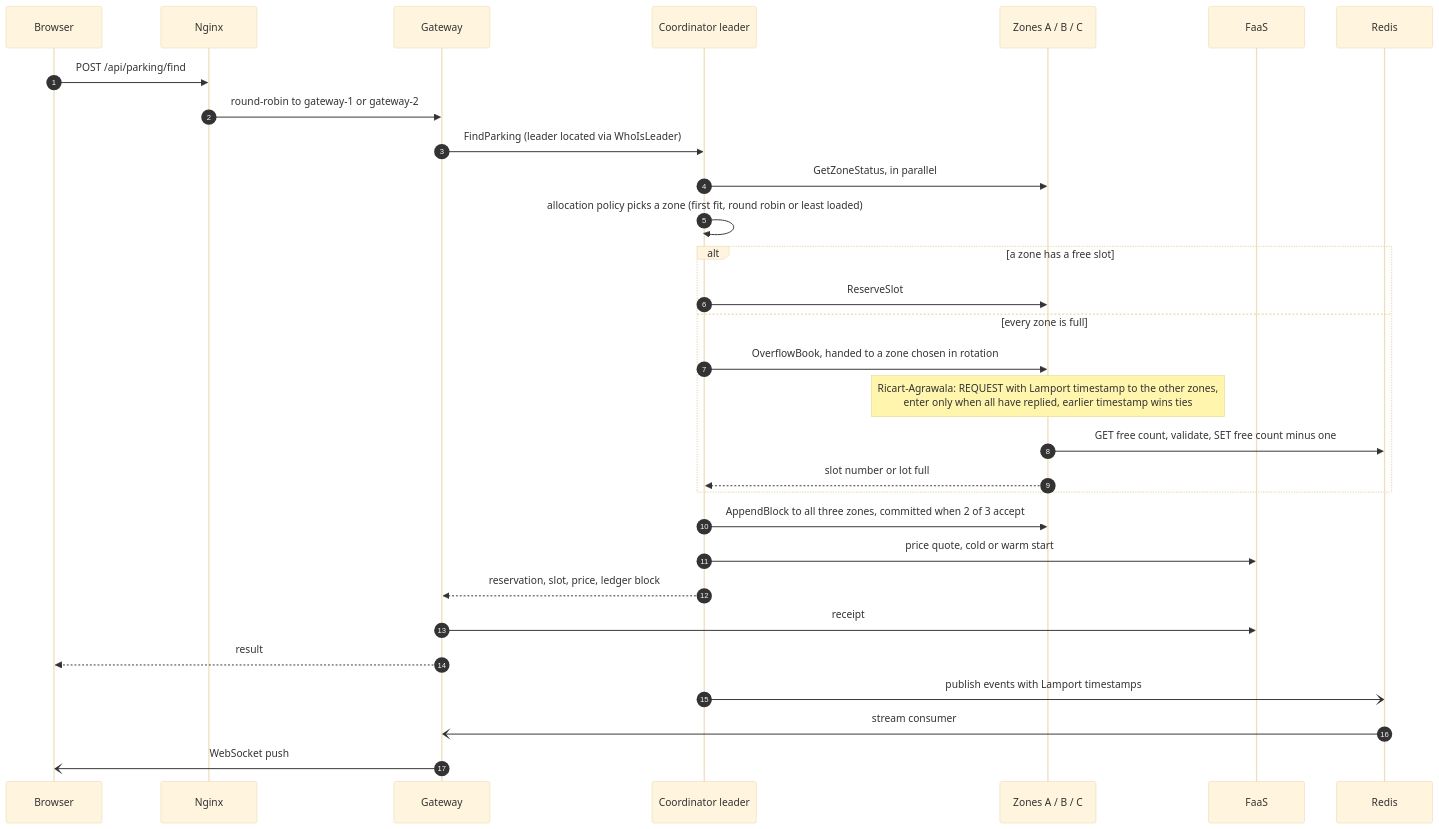
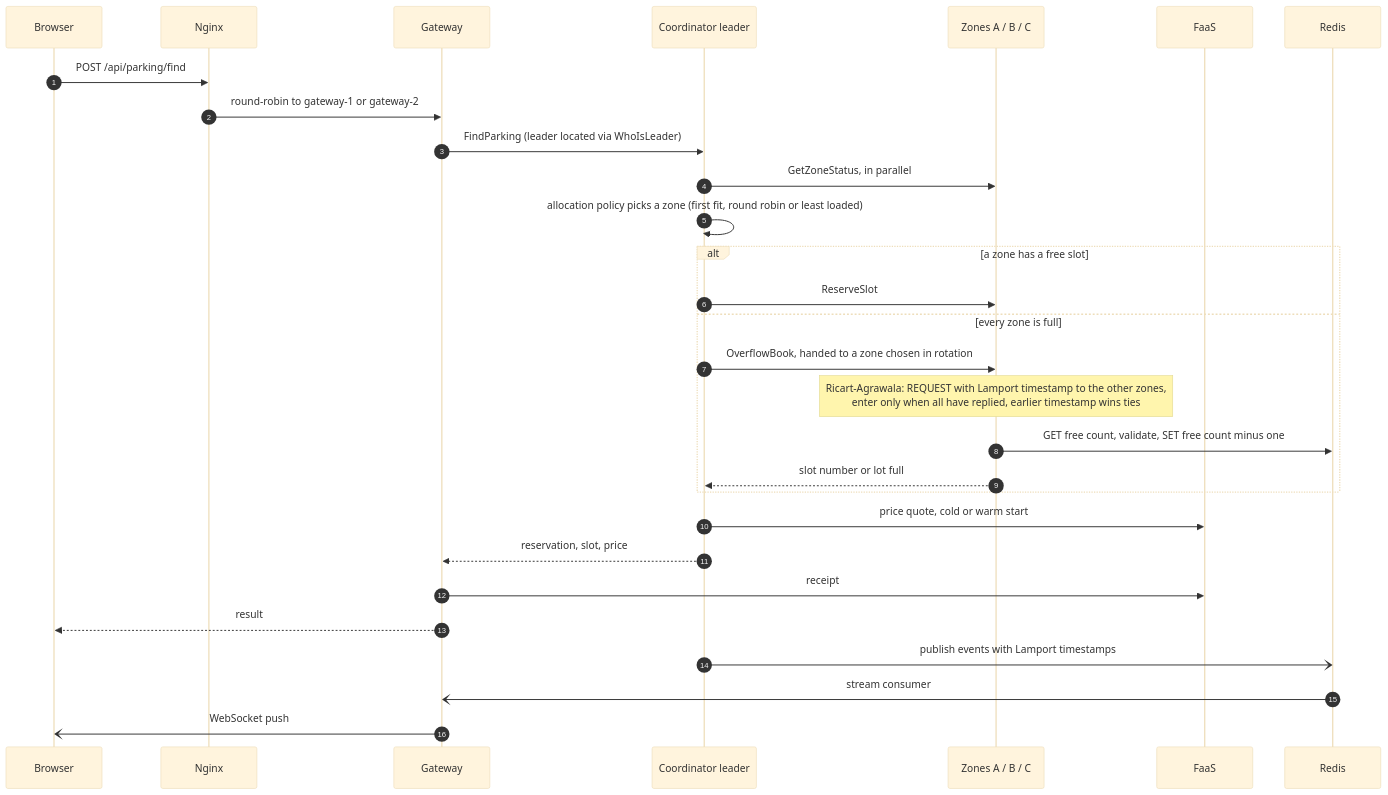
The second of 2 diagrams in docs/FA2_ARCHITECTURE.md (ommundada16/distributed-smart-campus-parking), drawn with Mermaid (base theme) before and after one commit. The commit also changed other lines of this file and 23 other files, not shown here.

````diff
--- a/docs/FA2_ARCHITECTURE.md
+++ b/docs/FA2_ARCHITECTURE.md
@@ -69,35 +67,34 @@
 ```mermaid
 sequenceDiagram
     autonumber
     participant B as Browser
     participant N as Nginx
     participant G as Gateway
     participant L as Coordinator leader
     participant Z as Zones A / B / C
     participant F as FaaS
     participant R as Redis
 
     B->>N: POST /api/parking/find
     N->>G: round-robin to gateway-1 or gateway-2
     G->>L: FindParking (leader located via WhoIsLeader)
     L->>Z: GetZoneStatus, in parallel
     L->>L: allocation policy picks a zone (first fit, round robin or least loaded)
 
     alt a zone has a free slot
         L->>Z: ReserveSlot
     else every zone is full
         L->>Z: OverflowBook, handed to a zone chosen in rotation
         Note over Z: Ricart-Agrawala: REQUEST with Lamport timestamp to the other zones,<br/>enter only when all have replied, earlier timestamp wins ties
         Z->>R: GET free count, validate, SET free count minus one
         Z-->>L: slot number or lot full
     end
 
-    L->>Z: AppendBlock to all three zones, committed when 2 of 3 accept
     L->>F: price quote, cold or warm start
-    L-->>G: reservation, slot, price, ledger block
+    L-->>G: reservation, slot, price
     G->>F: receipt
     G-->>B: result
     L-)R: publish events with Lamport timestamps
     R-)G: stream consumer
     G-)B: WebSocket push
 ```
````
